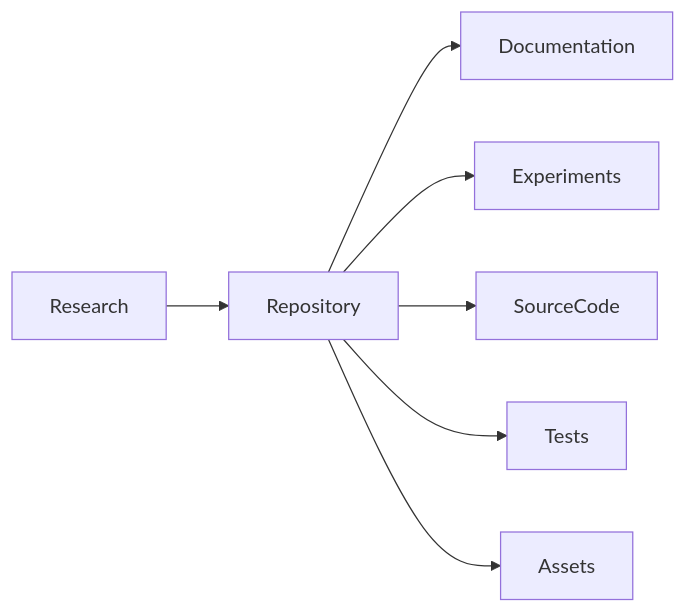
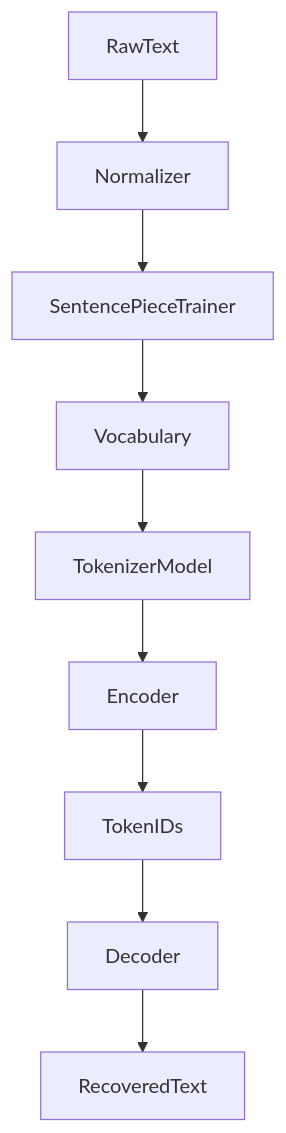
The diagram in README.md (404khai/odyssey), drawn with Mermaid before and after one commit. The commit also changed other lines of this file and 43 other files, not shown here.

Commit message:
feat(tokenizer): implement SentencePiece tokenizer pipeline and research foundation

````diff
--- a/README.md
+++ b/README.md
@@ -23,9 +24,11 @@
 ```mermaid
-flowchart LR
-    Research --> Repository
-    Repository --> Documentation
-    Repository --> Experiments
-    Repository --> SourceCode
-    Repository --> Tests
-    Repository --> Assets
+flowchart TD
+    RawText --> Normalizer
+    Normalizer --> SentencePieceTrainer
+    SentencePieceTrainer --> Vocabulary
+    Vocabulary --> TokenizerModel
+    TokenizerModel --> Encoder
+    Encoder --> TokenIDs
+    TokenIDs --> Decoder
+    Decoder --> RecoveredText
 ```
````
